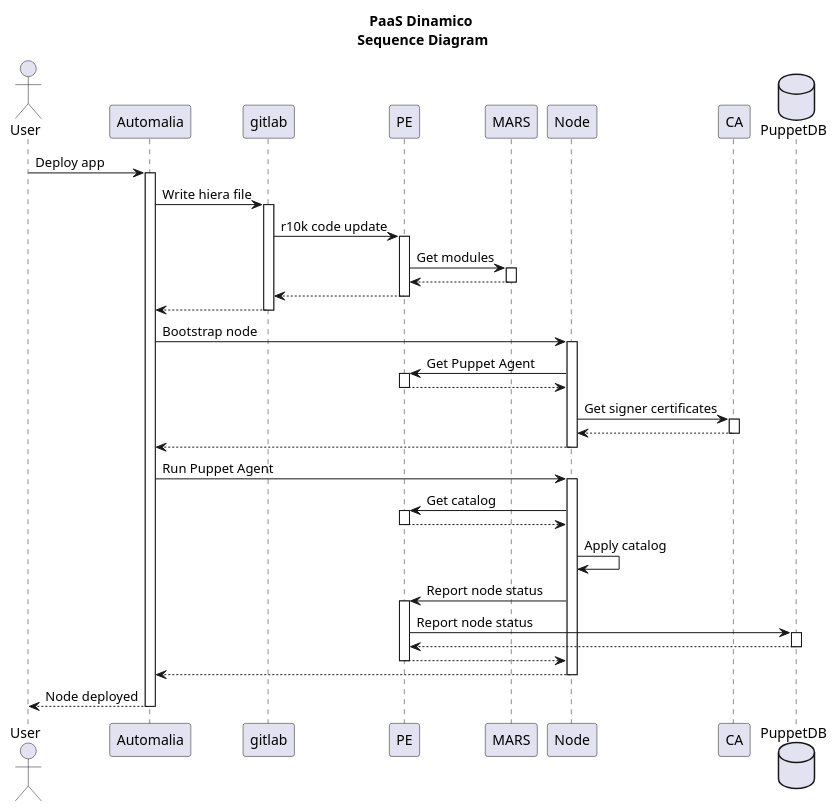
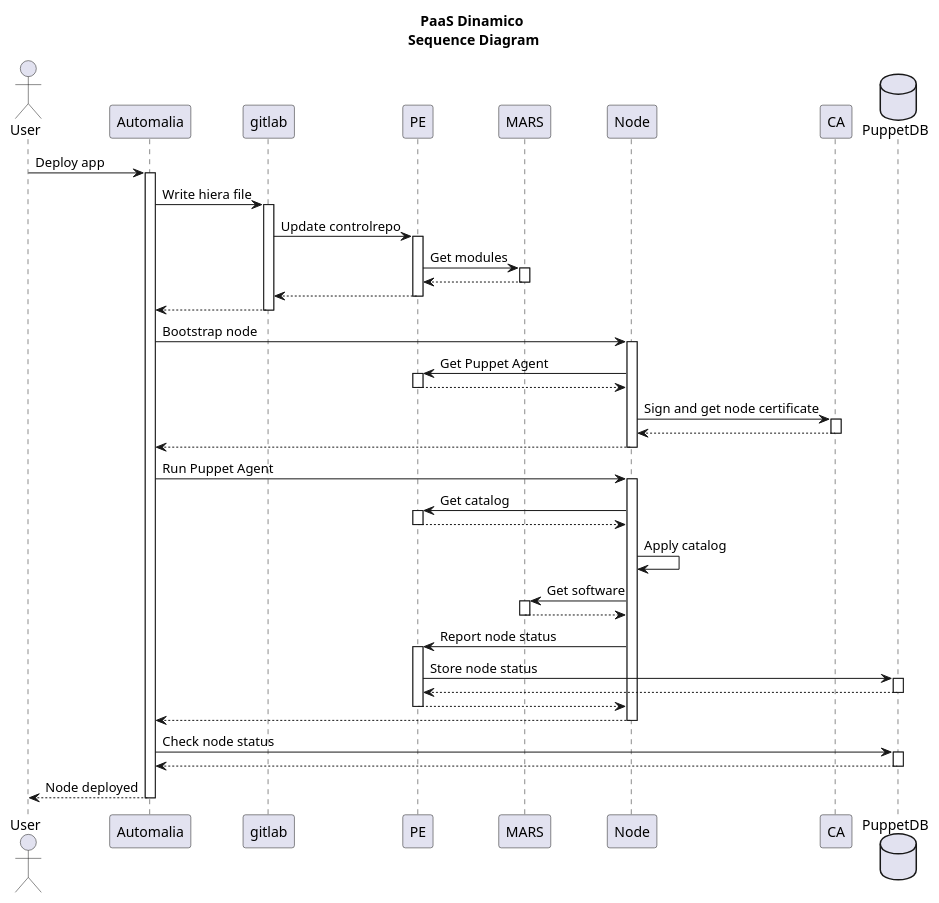
One commit to CIVIR-ES/PE-vagrant changed the diagram in doc/sequence.puml. Above: the diagram before and after it, drawn with PlantUML.

Commit message:
fixes no node run

```diff
--- a/doc/sequence.puml
+++ b/doc/sequence.puml
@@ -1,83 +1,95 @@
 @startuml
 
 title PaaS Dinamico\n Sequence Diagram
 
 actor User
 participant "Automalia" as A
 participant "gitlab" as B
 participant "PE" as C
 participant "MARS" as D
 participant "Node" as E
 participant "CA" as F
 database "PuppetDB" as G
 
 
 User -> A: Deploy app
 activate A
 
 A -> B: Write hiera file
 activate B
 
-B -> C: r10k code update
+B -> C: Update controlrepo
 activate C
 
 C -> D: Get modules
 activate D
 
 D --> C
 deactivate D
 
 C --> B
 deactivate C
 
 B --> A
 deactivate B
 
 A -> E: Bootstrap node
 activate E
 
 E -> C: Get Puppet Agent
 activate C
 
 C --> E
 deactivate C
 
-E -> F: Get signer certificates
+E -> F: Sign and get node certificate
 activate F
 
 F --> E
 deactivate F
 
 E --> A
 deactivate E
 
 A -> E: Run Puppet Agent
 activate E
 
 E -> C: Get catalog
 activate C
 
 C --> E
 deactivate C
 
 E -> E: Apply catalog
 
+E -> D: Get software
+activate D
+
+D --> E
+deactivate D
+
 E -> C: Report node status
 activate C
 
-C -> G: Report node status
+C -> G: Store node status
 activate G
 
 G --> C
 deactivate G
 
 C --> E
 deactivate C
 
 E --> A
 deactivate E
 
+A -> G: Check node status
+activate G
+
+G --> A
+deactivate G
+
 A --> User: Node deployed
 deactivate A
 
 @enduml
```
